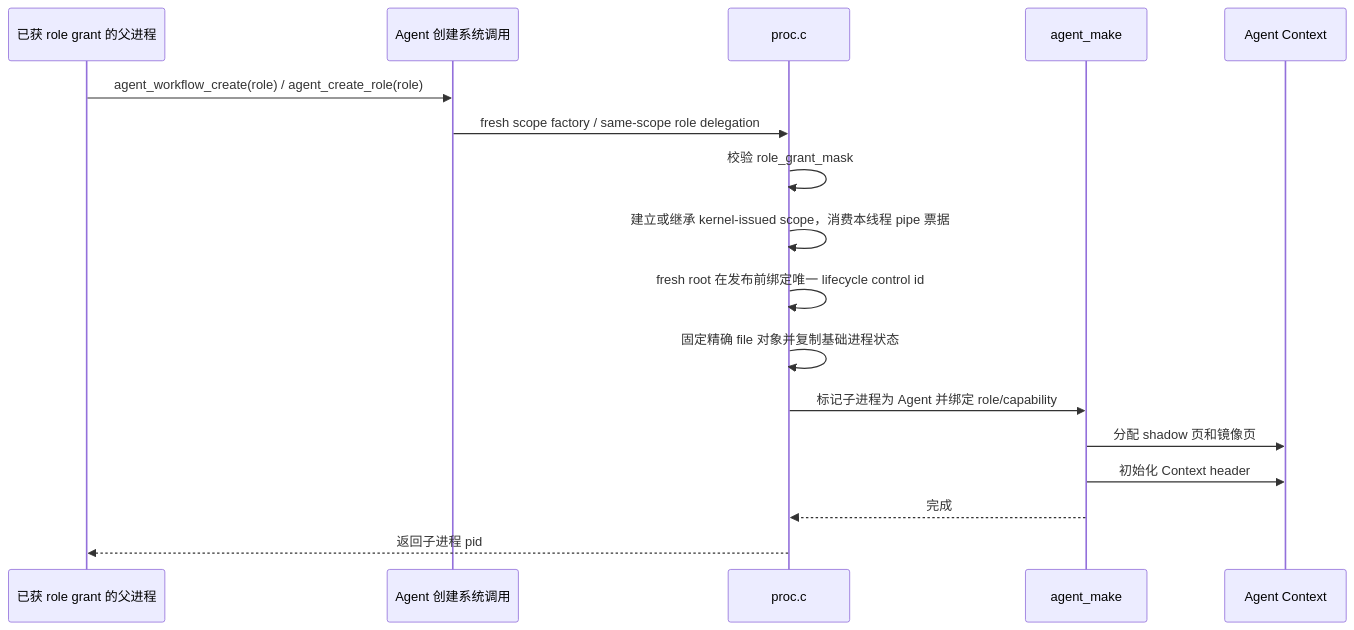
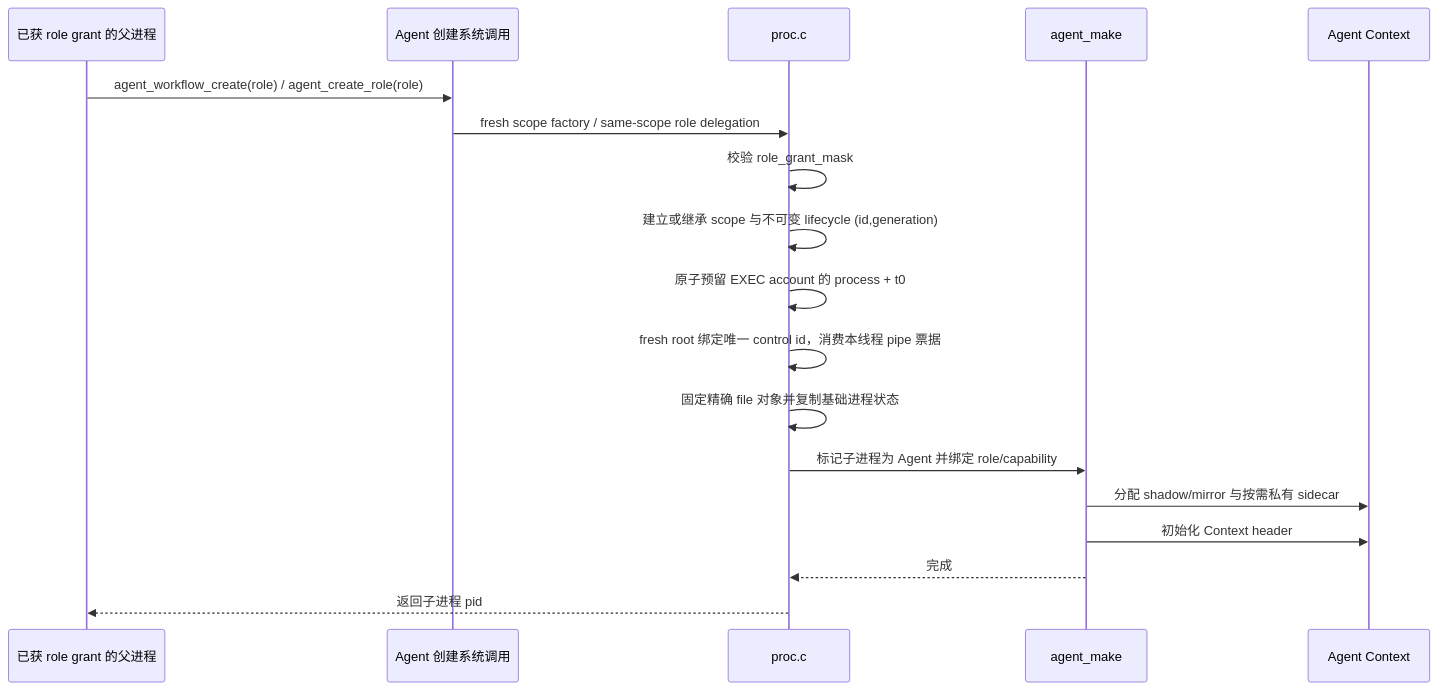
The diagram in docs/agentos/task1-agent-process.md (yushugulao/Agent-OS), drawn with Mermaid before and after one commit. The commit also changed other lines of this file and 75 other files, not shown here.

````diff
--- a/docs/agentos/task1-agent-process.md
+++ b/docs/agentos/task1-agent-process.md
@@ -108,19 +114,20 @@
 ```mermaid
 sequenceDiagram
     participant P as 已获 role grant 的父进程
     participant S as Agent 创建系统调用
     participant K as proc.c
     participant A as agent_make
     participant C as Agent Context
     P->>S: agent_workflow_create(role) / agent_create_role(role)
     S->>K: fresh scope factory / same-scope role delegation
     K->>K: 校验 role_grant_mask
-    K->>K: 建立或继承 kernel-issued scope，消费本线程 pipe 票据
-    K->>K: fresh root 在发布前绑定唯一 lifecycle control id
+    K->>K: 建立或继承 scope 与不可变 lifecycle (id,generation)
+    K->>K: 原子预留 EXEC account 的 process + t0
+    K->>K: fresh root 绑定唯一 control id，消费本线程 pipe 票据
     K->>K: 固定精确 file 对象并复制基础进程状态
     K->>A: 标记子进程为 Agent 并绑定 role/capability
-    A->>C: 分配 shadow 页和镜像页
+    A->>C: 分配 shadow/mirror 与按需私有 sidecar
     A->>C: 初始化 Context header
     A-->>K: 完成
     K-->>P: 返回子进程 pid
 ```
````
